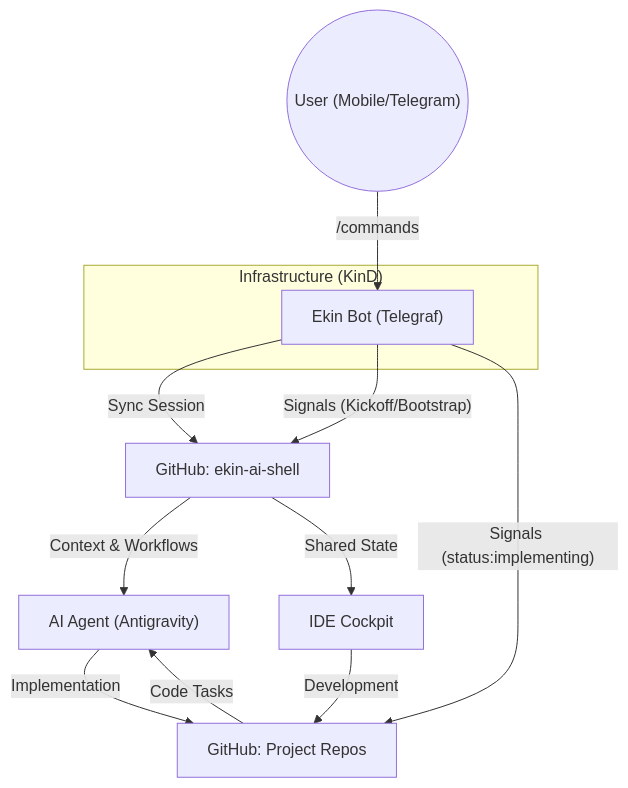
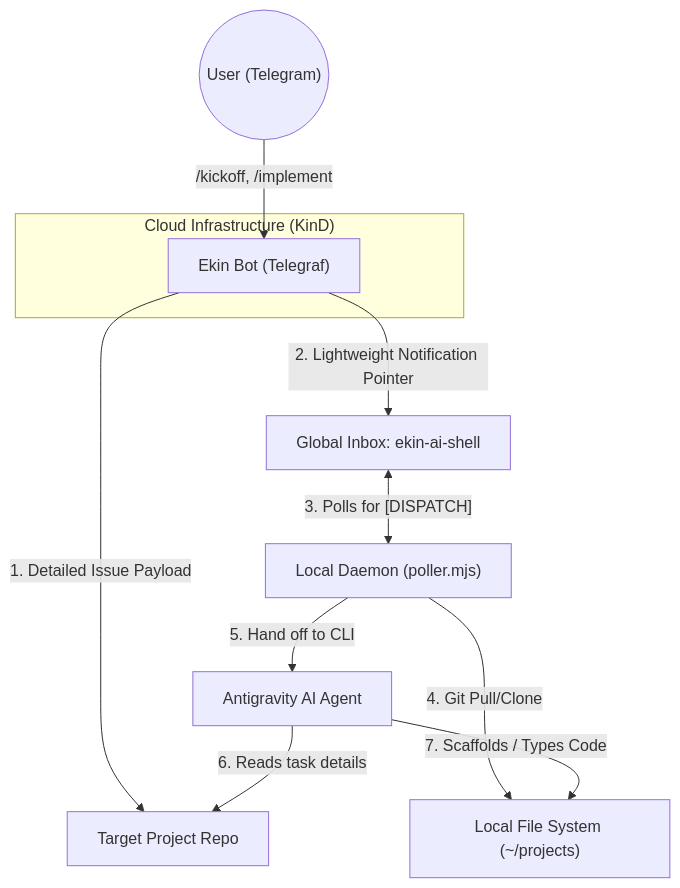
Before and after one commit to EKIN-AI/ekin-bot: the diagram in README.md, drawn with Mermaid. The commit also changed other lines of this file and 6 other files, not shown here.

First line of the commit message:
feat: implement dual dispatch pattern and local poller queue

````diff
--- a/README.md
+++ b/README.md
@@ -10,20 +10,19 @@
 ```mermaid
 graph TD
-    User(("User (Mobile/Telegram)")) -- "/commands" --> Bot["Ekin Bot (Telegraf)"]
+    User(("User (Telegram)")) -- "/kickoff, /implement" --> Bot["Ekin Bot (Telegraf)"]
     
-    subgraph "Infrastructure (KinD)"
+    subgraph "Cloud Infrastructure (KinD)"
         Bot
     end
     
-    Bot -- "Sync Session" --> GHShell["GitHub: ekin-ai-shell"]
-    Bot -- "Signals (Kickoff/Bootstrap)" --> GHShell
-    Bot -- "Signals (status:implementing)" --> ProjectRepo["GitHub: Project Repos"]
+    Bot -- "1. Detailed Issue Payload" --> TargetRepo["Target Project Repo"]
+    Bot -- "2. Lightweight Notification Pointer" --> Inbox["Global Inbox: ekin-ai-shell"]
     
-    GHShell -- "Context & Workflows" --> AIAgent["AI Agent (Antigravity)"]
-    ProjectRepo -- "Code Tasks" --> AIAgent
+    Inbox <-- "3. Polls for [DISPATCH]" --> Poller["Local Daemon (poller.mjs)"]
     
-    AIAgent -- "Implementation" --> ProjectRepo
+    Poller -- "4. Git Pull/Clone" --> LocalFS["Local File System (~/projects)"]
+    Poller -- "5. Hand off to CLI" --> AIAgent["Antigravity AI Agent"]
     
-    GHShell -- "Shared State" --> IDE["IDE Cockpit"]
-    IDE -- "Development" --> ProjectRepo
+    AIAgent -- "6. Reads task details" --> TargetRepo
+    AIAgent -- "7. Scaffolds / Types Code" --> LocalFS
 ```
````
